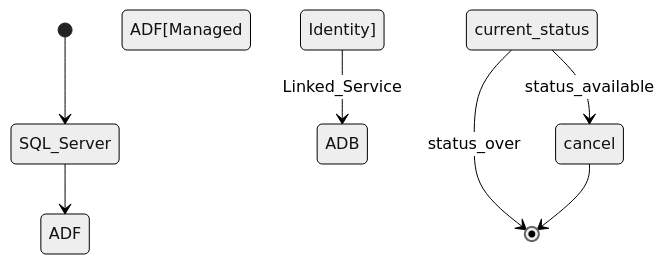
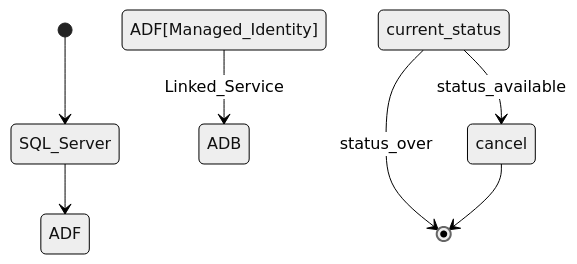
One commit to vijganji99/strada-DE-Infra changed the diagram in README.md. Above: the diagram before and after it, drawn with Mermaid (neutral theme). The commit also changed other lines of this file, not shown here.

````diff
--- a/README.md
+++ b/README.md
@@ -33,9 +16,9 @@
 ```mermaid
 stateDiagram-v2
     [*] --> SQL_Server
     SQL_Server --> ADF
-    ADF[Managed Identity] --> ADB:Linked_Service
+    ADF[Managed_Identity] --> ADB:Linked_Service
     current_status --> cancel: status_available
     current_status --> [*]: status_over
     cancel --> [*]
 ```
````
